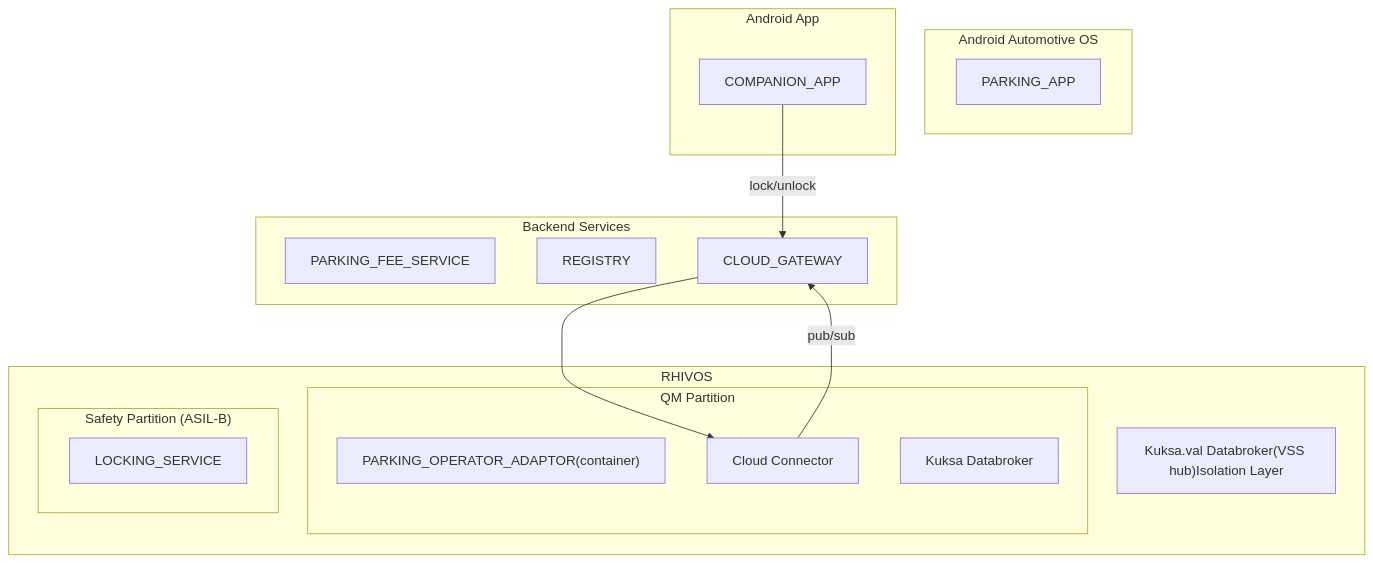
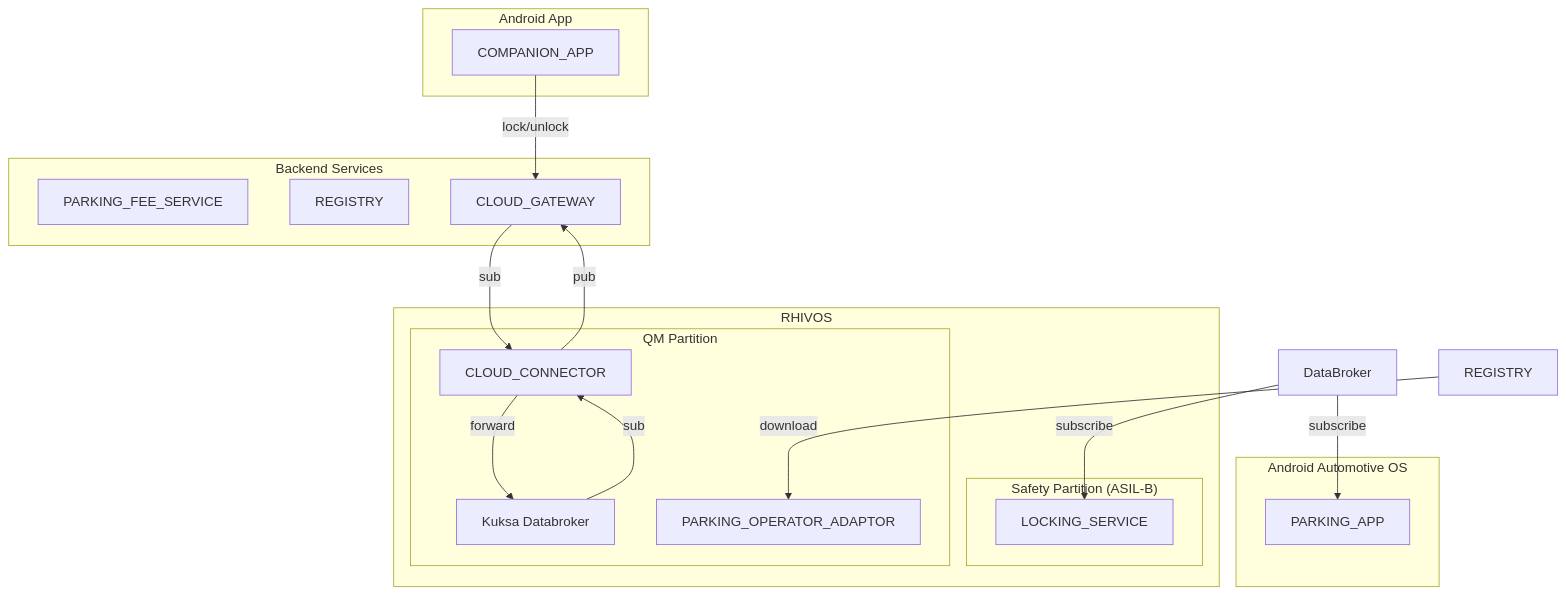
One commit to rhadp/parking-fee-service changed the diagram in prd.md. Above: the diagram before and after it, drawn with Mermaid.

Commit message:
initial prd.md

````diff
--- a/prd.md
+++ b/prd.md
@@ -91,35 +91,39 @@
 ```mermaid
 flowchart TD
 subgraph AAOS["Android Automotive OS"]
 	ParkingApp["PARKING_APP"]
 end
 
 subgraph Android["Android App"]
 	CompanionApp["COMPANION_APP"]
 end
 
 subgraph RHIVOS["RHIVOS"]
 	subgraph QM["QM Partition"]
-		Adaptor["PARKING_OPERATOR_ADAPTOR(container)"]
-    CloudConnector["Cloud Connector"]
+		Adaptor["PARKING_OPERATOR_ADAPTOR"]
+    CloudConnector["CLOUD_CONNECTOR"]
     Kuksa["Kuksa Databroker"]
 	end
-	
-	Databroker["Kuksa.val Databroker(VSS hub)Isolation Layer"]
 	
 	subgraph Safety["Safety Partition (ASIL-B)"]
 		LockingService["LOCKING_SERVICE"]
 	end
 end
 
 subgraph Cloud["Backend Services"]
   ParkingFeeService["PARKING_FEE_SERVICE"]
   Registry["REGISTRY"]
   CloudGateway["CLOUD_GATEWAY"]
 end
 
 CompanionApp --> |lock/unlock| CloudGateway
 
-CloudConnector --> |pub/sub| CloudGateway --> CloudConnector
+CloudConnector --> |pub| CloudGateway --> |sub| CloudConnector
+CloudConnector --> |forward| Kuksa --> |sub| CloudConnector
+
+DataBroker --> |subscribe| LockingService
+DataBroker --> |subscribe| ParkingApp
+
+REGISTRY --> |download| Adaptor
 
 ```
````
